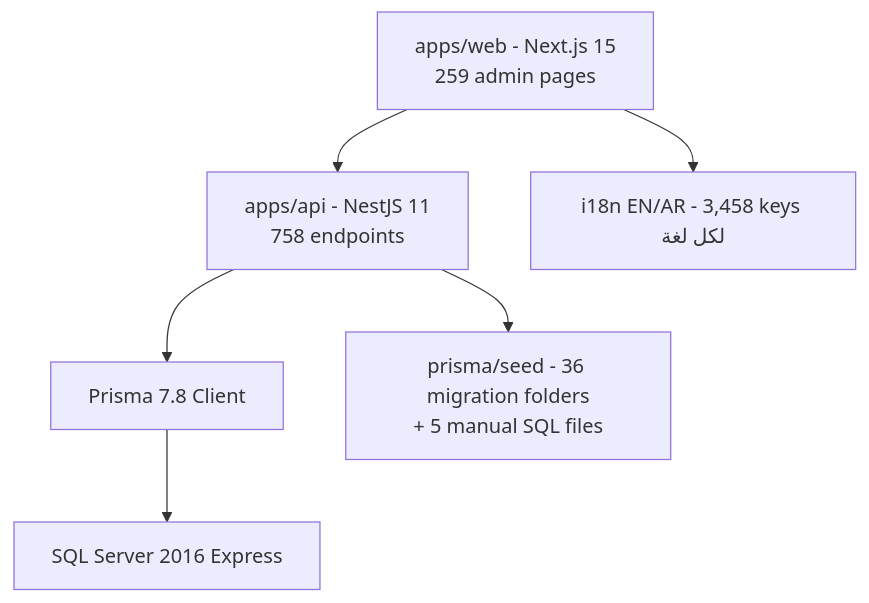
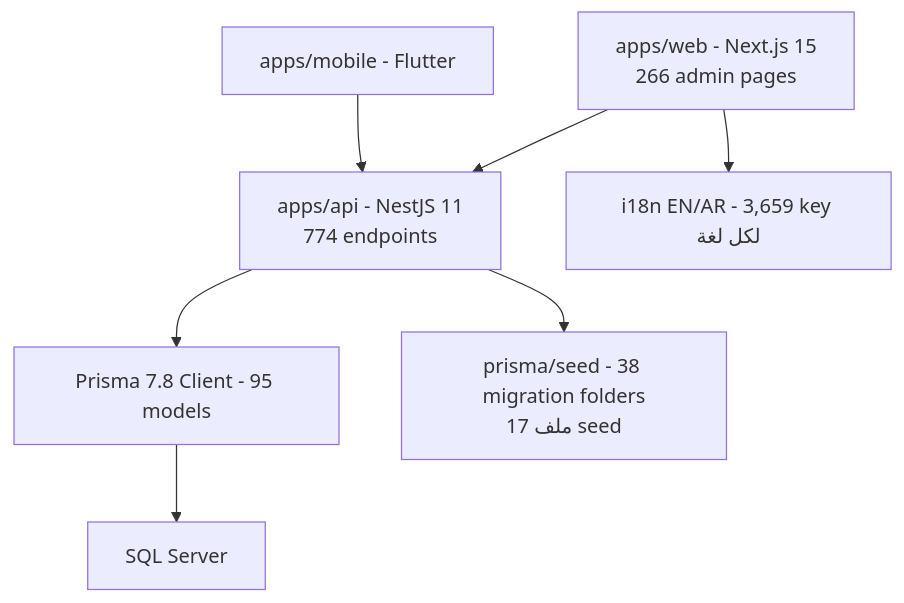
The first of 11 diagrams in docs/proofs/atsofterp-current-architecture-discovery-report.md (attef7474-byte/ATsoftERP), drawn with Mermaid before and after one commit. The commit also changed other lines of this file and 94 other files, not shown here.

````diff
--- a/docs/proofs/atsofterp-current-architecture-discovery-report.md
+++ b/docs/proofs/atsofterp-current-architecture-discovery-report.md
@@ -34,8 +38,9 @@
 ```mermaid
 graph TD
-    WEB[apps/web - Next.js 15<br/>259 admin pages] --> API[apps/api - NestJS 11<br/>758 endpoints]
-    API --> PRISMA[Prisma 7.8 Client]
-    PRISMA --> SQL[SQL Server 2016 Express]
-    WEB --> I18N[i18n EN/AR - 3,458 keys لكل لغة]
-    API --> SEED[prisma/seed - 36 migration folders<br/>+ 5 manual SQL files]
+    WEB[apps/web - Next.js 15<br/>266 admin pages] --> API[apps/api - NestJS 11<br/>774 endpoints]
+    API --> PRISMA[Prisma 7.8 Client - 95 models]
+    PRISMA --> SQL[SQL Server]
+    WEB --> I18N[i18n EN/AR - 3,659 key لكل لغة]
+    MOBILE[apps/mobile - Flutter] --> API
+    API --> SEED[prisma/seed - 38 migration folders<br/>17 ملف seed]
 ```
````
